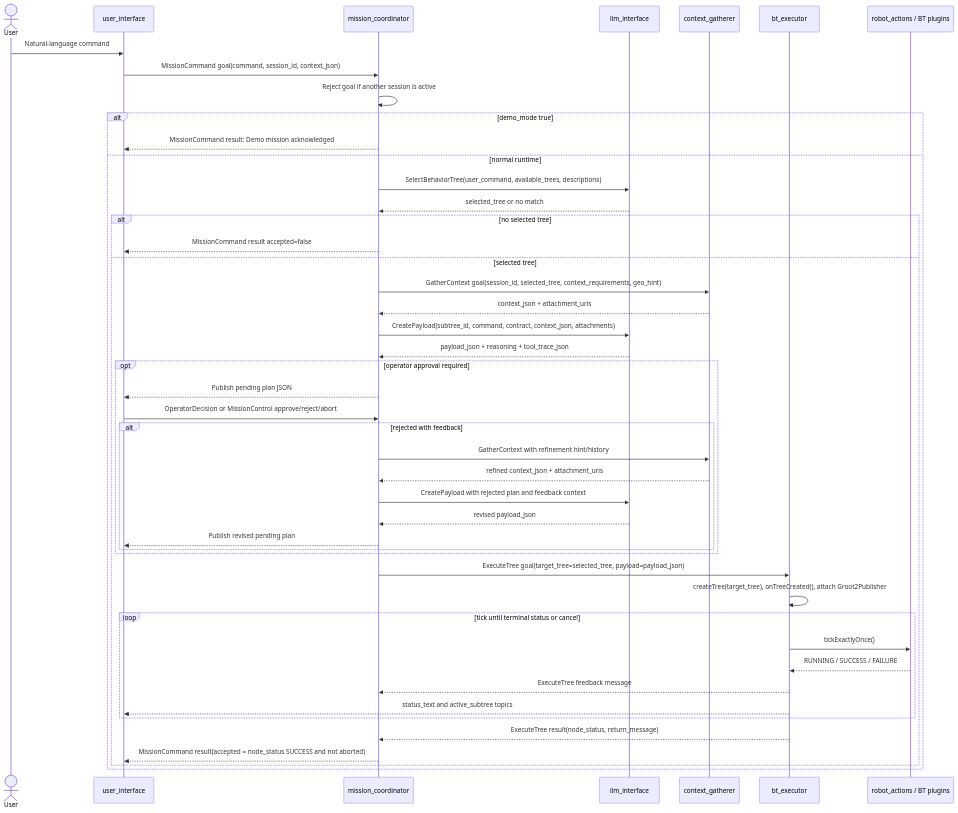
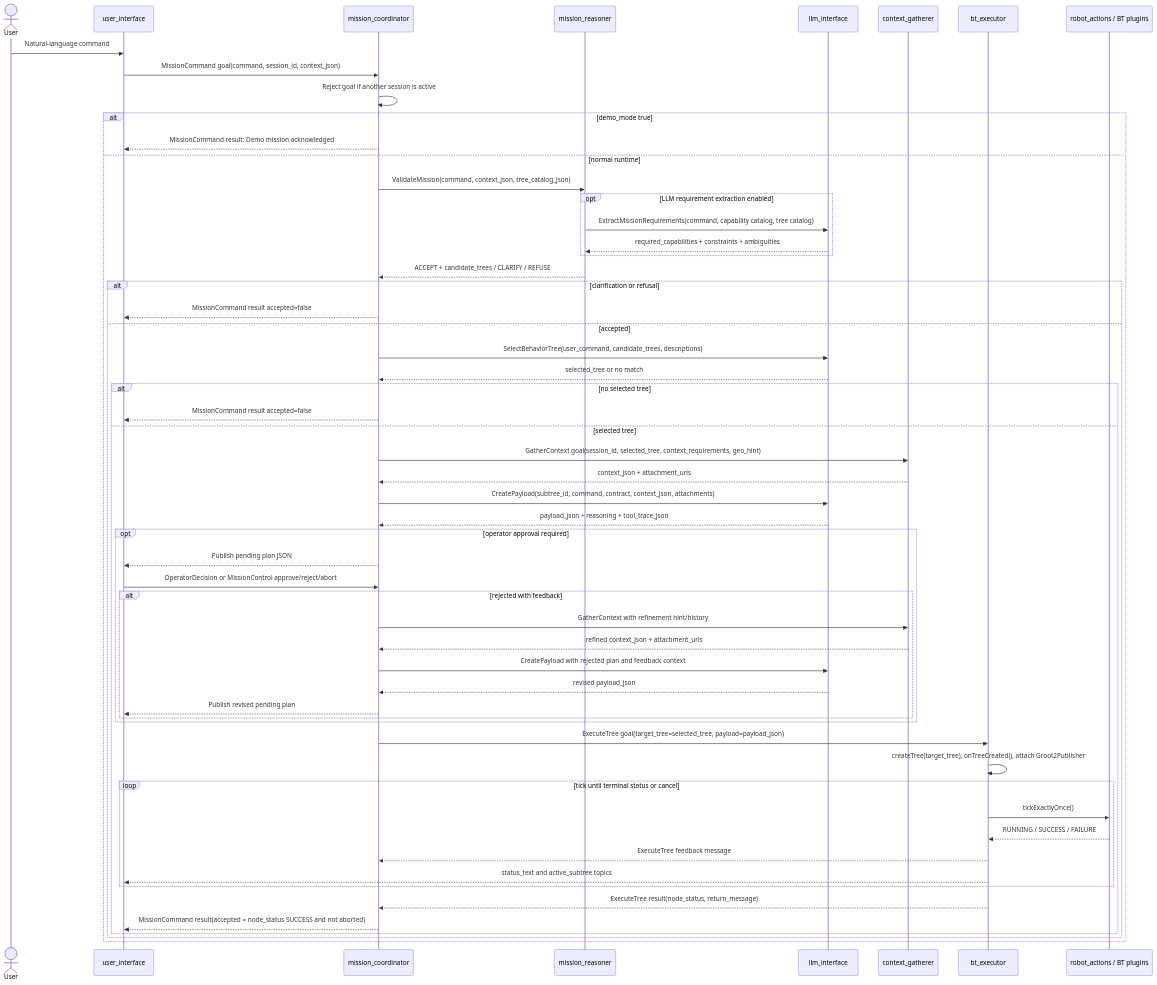
Before and after one commit to mounteverset/generalist_bt_gen: the diagram in architecture.md, drawn with Mermaid. The commit also changed other lines of this file and 11 other files, not shown here.

````diff
--- a/architecture.md
+++ b/architecture.md
@@ -93,53 +101,65 @@
 ```mermaid
 sequenceDiagram
     actor User
     participant UI as user_interface
     participant MC as mission_coordinator
+    participant R as mission_reasoner
     participant LLM as llm_interface
     participant Ctx as context_gatherer
     participant Exec as bt_executor
     participant BT as robot_actions / BT plugins
 
     User->>UI: Natural-language command
     UI->>MC: MissionCommand goal(command, session_id, context_json)
     MC->>MC: Reject goal if another session is active
 
     alt demo_mode true
       MC-->>UI: MissionCommand result: Demo mission acknowledged
     else normal runtime
-      MC->>LLM: SelectBehaviorTree(user_command, available_trees, descriptions)
+      MC->>R: ValidateMission(command, context_json, tree_catalog_json)
+      opt LLM requirement extraction enabled
+        R->>LLM: ExtractMissionRequirements(command, capability catalog, tree catalog)
+        LLM-->>R: required_capabilities + constraints + ambiguities
+      end
+      R-->>MC: ACCEPT + candidate_trees / CLARIFY / REFUSE
+
+      alt clarification or refusal
+        MC-->>UI: MissionCommand result accepted=false
+      else accepted
+      MC->>LLM: SelectBehaviorTree(user_command, candidate_trees, descriptions)
       LLM-->>MC: selected_tree or no match
 
       alt no selected tree
         MC-->>UI: MissionCommand result accepted=false
       else selected tree
         MC->>Ctx: GatherContext goal(session_id, selected_tree, context_requirements, geo_hint)
         Ctx-->>MC: context_json + attachment_uris
         MC->>LLM: CreatePayload(subtree_id, command, contract, context_json, attachments)
         LLM-->>MC: payload_json + reasoning + tool_trace_json
 
         opt operator approval required
           MC-->>UI: Publish pending plan JSON
           UI->>MC: OperatorDecision or MissionControl approve/reject/abort
           alt rejected with feedback
             MC->>Ctx: GatherContext with refinement hint/history
             Ctx-->>MC: refined context_json + attachment_uris
             MC->>LLM: CreatePayload with rejected plan and feedback context
             LLM-->>MC: revised payload_json
             MC-->>UI: Publish revised pending plan
           end
         end
 
         MC->>Exec: ExecuteTree goal(target_tree=selected_tree, payload=payload_json)
         Exec->>Exec: createTree(target_tree), onTreeCreated(), attach Groot2Publisher
         loop tick until terminal status or cancel
           Exec->>BT: tickExactlyOnce()
           BT-->>Exec: RUNNING / SUCCESS / FAILURE
           Exec-->>MC: ExecuteTree feedback message
           Exec-->>UI: status_text and active_subtree topics
         end
         Exec-->>MC: ExecuteTree result(node_status, return_message)
         MC-->>UI: MissionCommand result(accepted = node_status SUCCESS and not aborted)
       end
+      end
     end
 ```
````
